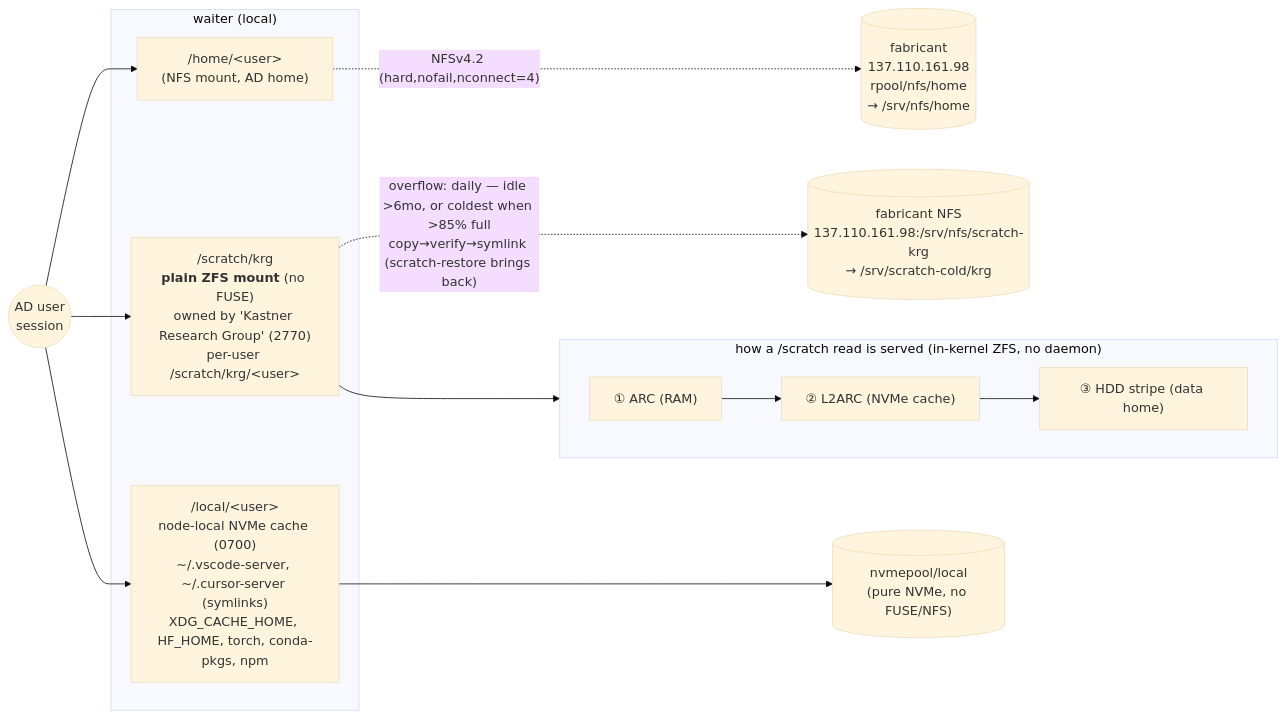
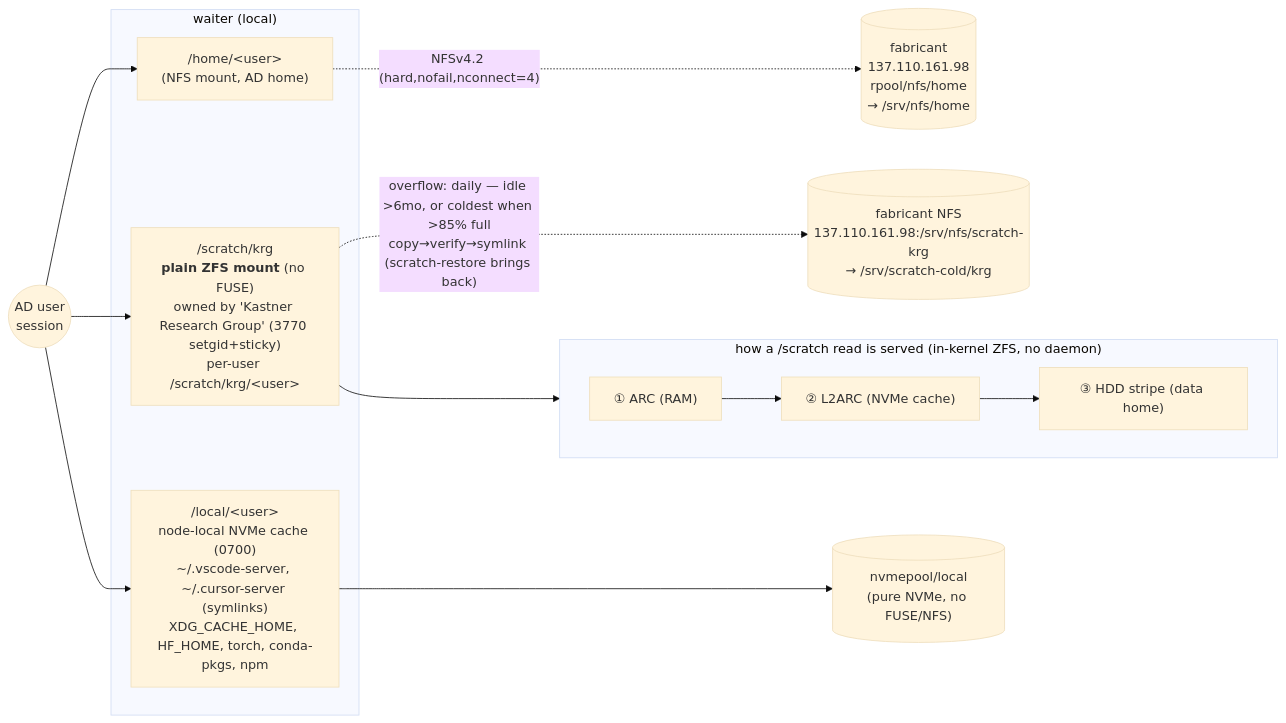
One commit to KastnerRG/krg-nixos-flakes changed the second of 3 diagrams in docs/waiter-topology.md. Above: the diagram before and after it, drawn with Mermaid (base theme). The commit also changed 4 other files, not shown here.

First line of the commit message:
fix(scratch): sticky bit on the scratch root — 3770, not 2770 (Copilot round 10)

````diff
--- a/docs/waiter-topology.md
+++ b/docs/waiter-topology.md
@@ -117,28 +117,28 @@
 ```mermaid
 flowchart LR
   user(("AD user<br/>session"))
 
   subgraph waiter["waiter (local)"]
     home["/home/&lt;user&gt;<br/>(NFS mount, AD home)"]
-    scratch["/scratch/krg<br/><b>plain ZFS mount</b> (no FUSE)<br/>owned by 'Kastner Research Group' (2770)<br/>per-user /scratch/krg/&lt;user&gt;"]
+    scratch["/scratch/krg<br/><b>plain ZFS mount</b> (no FUSE)<br/>owned by 'Kastner Research Group' (3770 setgid+sticky)<br/>per-user /scratch/krg/&lt;user&gt;"]
     local["/local/&lt;user&gt;<br/>node-local NVMe cache (0700)<br/>~/.vscode-server, ~/.cursor-server (symlinks)<br/>XDG_CACHE_HOME, HF_HOME, torch, conda-pkgs, npm"]
   end
 
   subgraph readpath["how a /scratch read is served (in-kernel ZFS, no daemon)"]
     direction LR
     r1["① ARC (RAM)"]
     r2["② L2ARC (NVMe cache)"]
     r3["③ HDD stripe (data home)"]
     r1 --> r2 --> r3
   end
 
   user --> home
   user --> scratch
   user --> local
 
   scratch --> readpath
 
   scratch -.->|"overflow: daily — idle &gt;6mo, or coldest when &gt;85% full<br/>copy→verify→symlink (scratch-restore brings back)"| cold[("fabricant NFS<br/>137.110.161.98:/srv/nfs/scratch-krg<br/>→ /srv/scratch-cold/krg")]
   home -.->|"NFSv4.2 (hard,nofail,nconnect=4)"| fab[("fabricant<br/>137.110.161.98<br/>rpool/nfs/home<br/>→ /srv/nfs/home")]
   local --> nvl[("nvmepool/local<br/>(pure NVMe, no FUSE/NFS)")]
 ```
````
